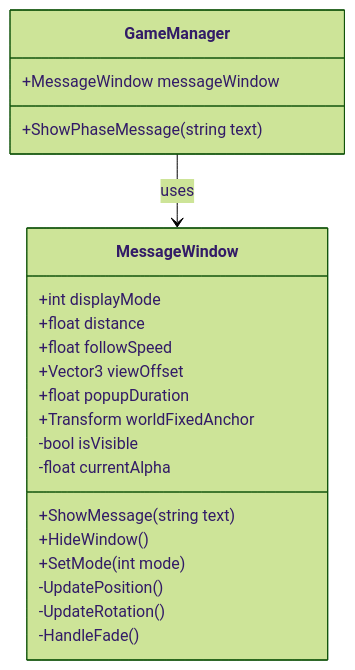
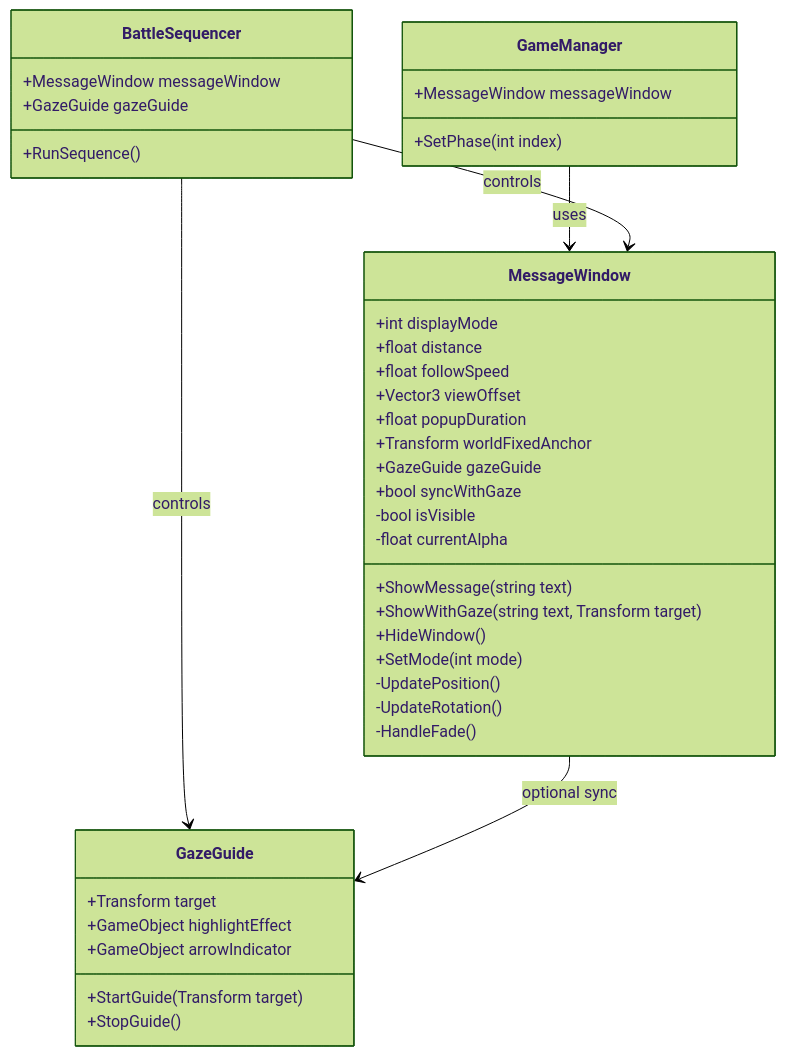
One commit to T-yao-K/Syuron changed the second of 2 diagrams in Docs/UI.md. Above: the diagram before and after it, drawn with Mermaid (forest theme). The commit also changed other lines of this file, not shown here.

````diff
--- a/Docs/UI.md
+++ b/Docs/UI.md
@@ -41,26 +107,46 @@
 ```mermaid
 classDiagram
     class MessageWindow {
         +int displayMode
         +float distance
         +float followSpeed
         +Vector3 viewOffset
         +float popupDuration
         +Transform worldFixedAnchor
+        +GazeGuide gazeGuide
+        +bool syncWithGaze
         -bool isVisible
         -float currentAlpha
         +ShowMessage(string text)
+        +ShowWithGaze(string text, Transform target)
         +HideWindow()
         +SetMode(int mode)
         -UpdatePosition()
         -UpdateRotation()
         -HandleFade()
     }
 
+    class GazeGuide {
+        +Transform target
+        +GameObject highlightEffect
+        +GameObject arrowIndicator
+        +StartGuide(Transform target)
+        +StopGuide()
+    }
+
+    class BattleSequencer {
+        +MessageWindow messageWindow
+        +GazeGuide gazeGuide
+        +RunSequence()
+    }
+
     class GameManager {
         +MessageWindow messageWindow
-        +ShowPhaseMessage(string text)
+        +SetPhase(int index)
     }
 
     GameManager --> MessageWindow : uses
+    BattleSequencer --> MessageWindow : controls
+    BattleSequencer --> GazeGuide : controls
+    MessageWindow --> GazeGuide : optional sync
 ```
````
